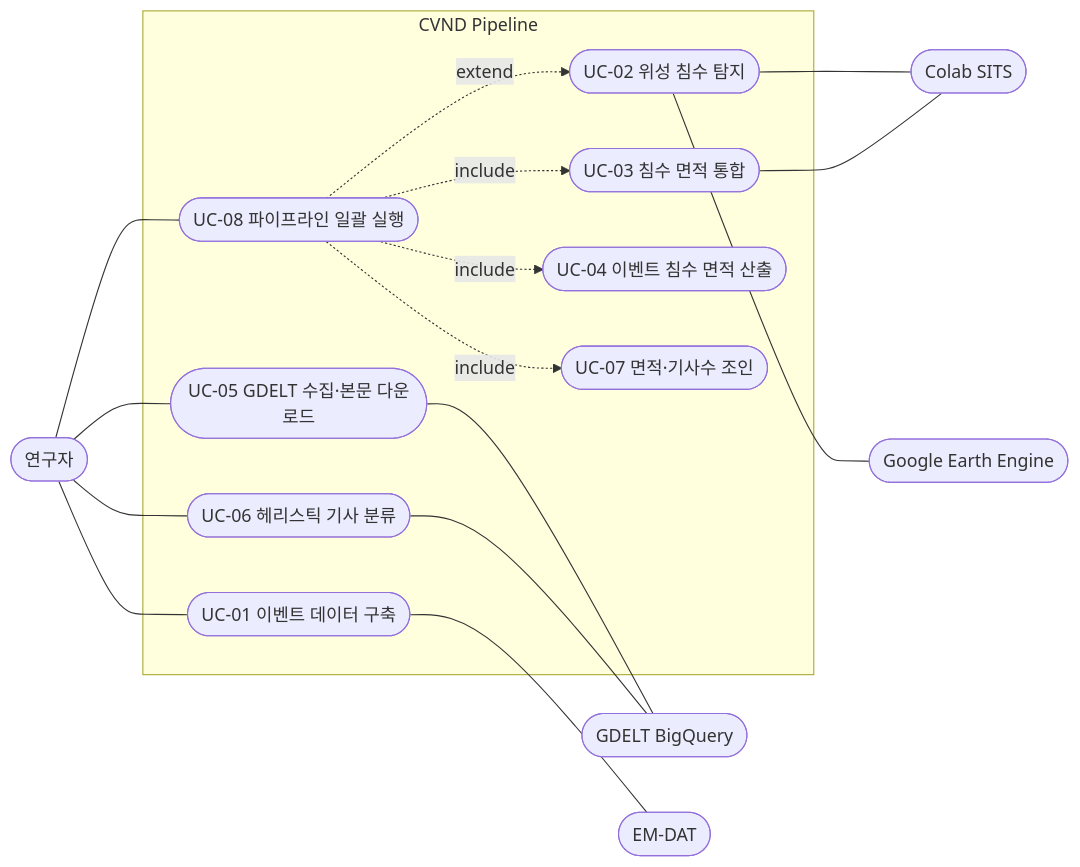
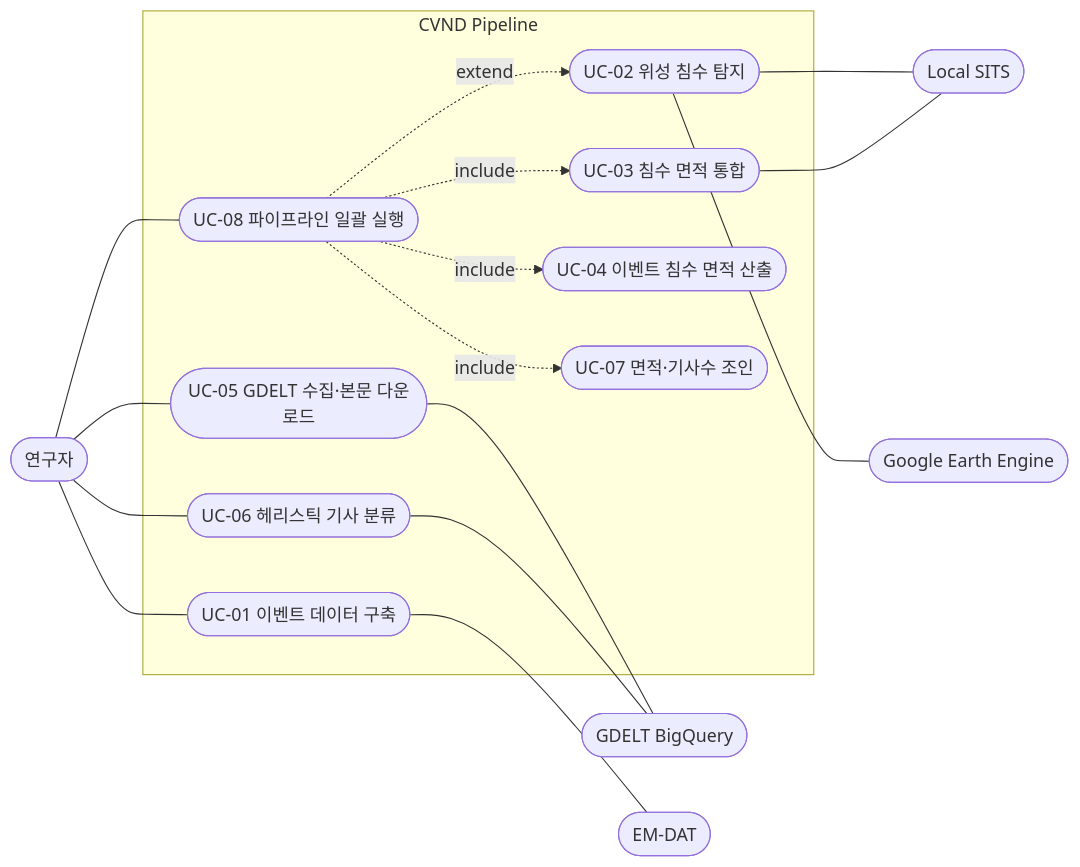
One commit to rokpolar/CVND changed the diagram in docs/use_cases.md. Above: the diagram before and after it, drawn with Mermaid. The commit also changed other lines of this file and 17 other files, not shown here.

````diff
--- a/docs/use_cases.md
+++ b/docs/use_cases.md
@@ -18,36 +18,36 @@
 ```mermaid
 flowchart LR
   R(["연구자"])
   GEE(["Google Earth Engine"])
-  COLAB(["Colab SITS"])
+  LOCAL(["Local SITS"])
   BQ(["GDELT BigQuery"])
   EMDAT(["EM-DAT"])
 
   subgraph SYS["CVND Pipeline"]
     UC1(["UC-01 이벤트 데이터 구축"])
     UC2(["UC-02 위성 침수 탐지"])
     UC3(["UC-03 침수 면적 통합"])
     UC4(["UC-04 이벤트 침수 면적 산출"])
     UC5(["UC-05 GDELT 수집·본문 다운로드"])
     UC6(["UC-06 헤리스틱 기사 분류"])
     UC7(["UC-07 면적·기사수 조인"])
     UC8(["UC-08 파이프라인 일괄 실행"])
   end
 
   R --- UC8
   R --- UC1
   R --- UC5
   R --- UC6
 
   UC8 -. include .-> UC3
   UC8 -. include .-> UC4
   UC8 -. include .-> UC7
   UC8 -. extend .-> UC2
 
   UC1 --- EMDAT
   UC2 --- GEE
-  UC2 --- COLAB
-  UC3 --- COLAB
+  UC2 --- LOCAL
+  UC3 --- LOCAL
   UC5 --- BQ
   UC6 --- BQ
 ```
````
